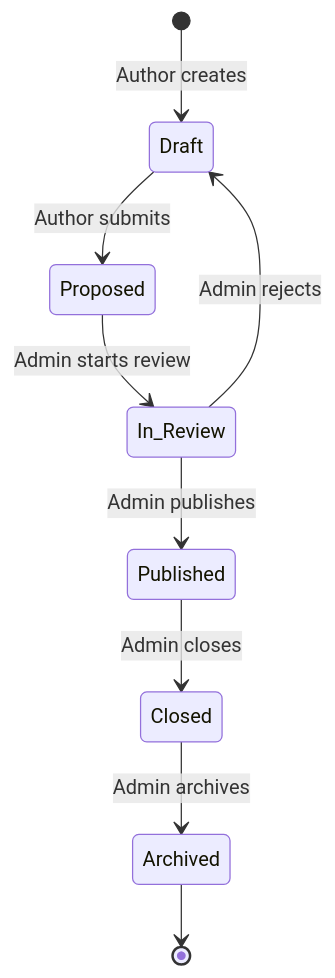
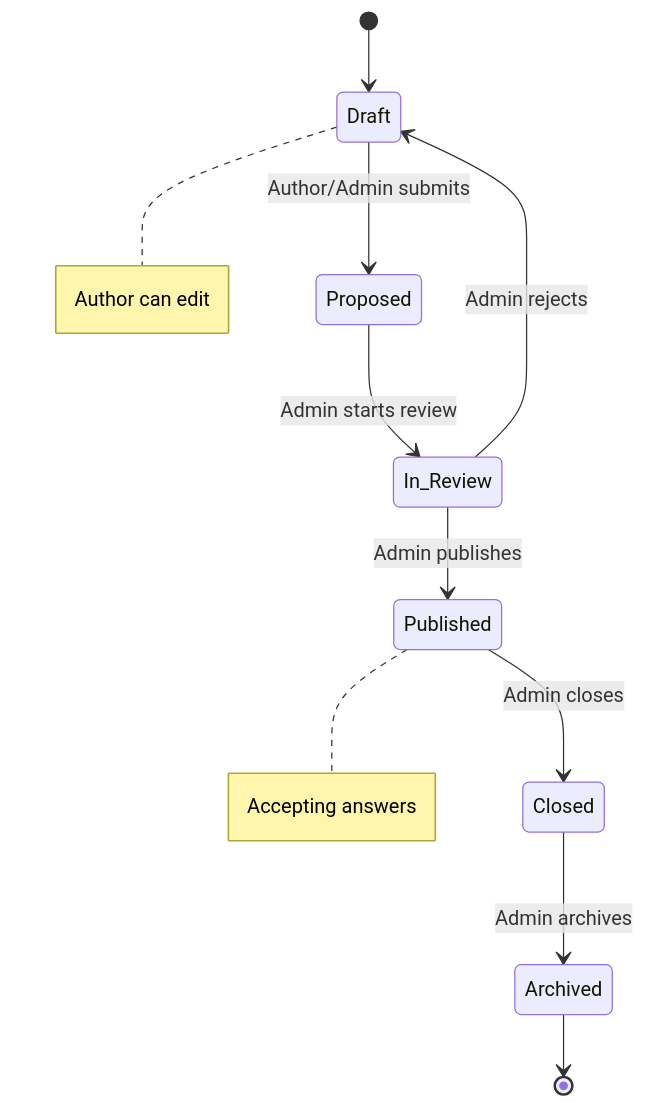
Before and after one commit to keytech42/tacit-knowledge-elicitation: the first of 2 diagrams in README.md, drawn with Mermaid. The commit also changed other lines of this file and 1 other file, not shown here.

First line of the commit message:
docs: add notes to the state diagram in README

````diff
--- a/README.md
+++ b/README.md
@@ -63,11 +63,14 @@
 ```mermaid
 stateDiagram-v2
-    [*] --> Draft : Author creates
-    Draft --> Proposed : Author submits
+    [*] --> Draft
+    Draft --> Proposed : Author/Admin submits
     Proposed --> In_Review : Admin starts review
     In_Review --> Published : Admin publishes
     In_Review --> Draft : Admin rejects
     Published --> Closed : Admin closes
     Closed --> Archived : Admin archives
     Archived --> [*]
+
+    note right of Draft : Author can edit
+    note right of Published : Accepting answers
 ```
````
